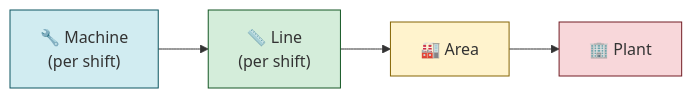
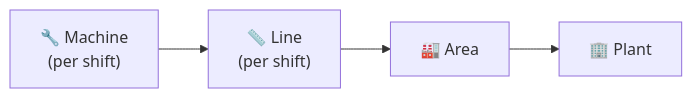
The second of 3 diagrams in content/knowledge/oee/index.md (faris-isa/hermes-research), drawn with Mermaid before and after one commit. The commit also changed other lines of this file and 5 other files, not shown here.

First line of the commit message:
fix: remove custom Mermaid styling for dark theme compatibility (#8)

````diff
--- a/content/knowledge/oee/index.md
+++ b/content/knowledge/oee/index.md
@@ -82,11 +76,6 @@
 ```mermaid
 graph LR
     M["🔧 Machine<br/>(per shift)"] --> L["📏 Line<br/>(per shift)"]
     L --> A["🏭 Area"]
     A --> P["🏢 Plant"]
-
-    style M fill:#d1ecf1,stroke:#0c5460
-    style L fill:#d4edda,stroke:#155724
-    style A fill:#fff3cd,stroke:#856404
-    style P fill:#f8d7da,stroke:#721c24
 ```
````
